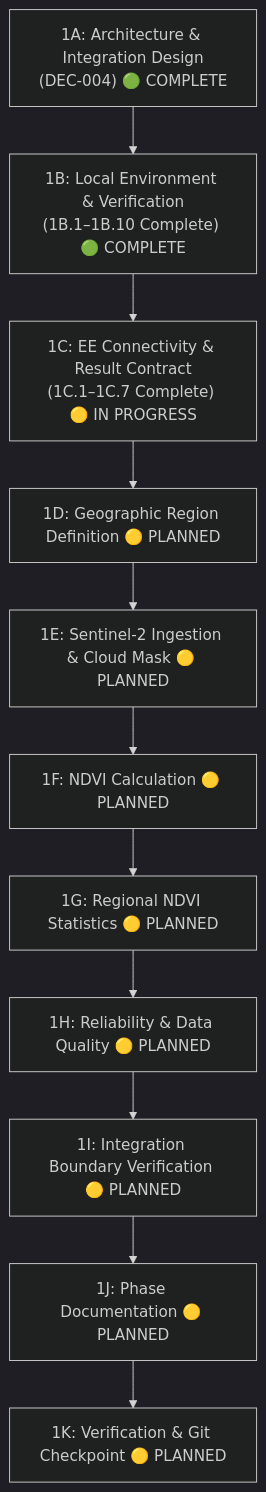
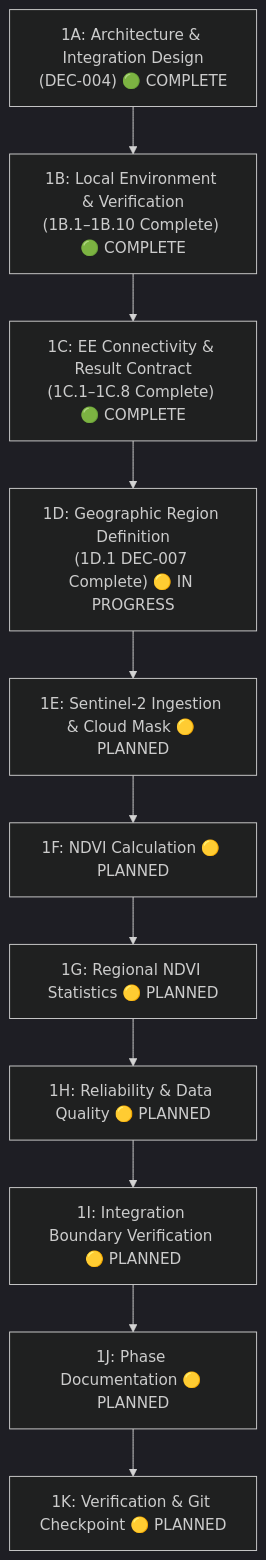
The diagram in docs/phases/PHASE_01_EARTH_ENGINE_FOUNDATION.md (Kushagra-Dixit-0906/bharatsahayak-v2), drawn with Mermaid (dark theme) before and after one commit. The commit also changed other lines of this file and 3 other files, not shown here.

Commit message:
docs: define geographic analysis region strategy

````diff
--- a/docs/phases/PHASE_01_EARTH_ENGINE_FOUNDATION.md
+++ b/docs/phases/PHASE_01_EARTH_ENGINE_FOUNDATION.md
@@ -64,13 +69,13 @@
 ```mermaid
 graph TD
     S1A["1A: Architecture & Integration Design\n(DEC-004) 🟢 COMPLETE"] --> S1B["1B: Local Environment & Verification\n(1B.1–1B.10 Complete) 🟢 COMPLETE"]
-    S1B --> S1C["1C: EE Connectivity & Result Contract\n(1C.1–1C.7 Complete) 🟡 IN PROGRESS"]
-    S1C --> S1D["1D: Geographic Region Definition 🟡 PLANNED"]
+    S1B --> S1C["1C: EE Connectivity & Result Contract\n(1C.1–1C.8 Complete) 🟢 COMPLETE"]
+    S1C --> S1D["1D: Geographic Region Definition\n(1D.1 DEC-007 Complete) 🟡 IN PROGRESS"]
     S1D --> S1E["1E: Sentinel-2 Ingestion & Cloud Mask 🟡 PLANNED"]
     S1E --> S1F["1F: NDVI Calculation 🟡 PLANNED"]
     S1F --> S1G["1G: Regional NDVI Statistics 🟡 PLANNED"]
     S1G --> S1H["1H: Reliability & Data Quality 🟡 PLANNED"]
     S1H --> S1I["1I: Integration Boundary Verification 🟡 PLANNED"]
     S1I --> S1J["1J: Phase Documentation 🟡 PLANNED"]
     S1J --> S1K["1K: Verification & Git Checkpoint 🟡 PLANNED"]
 ```
````
